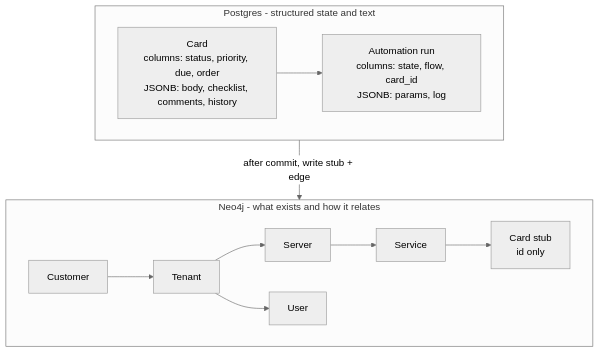
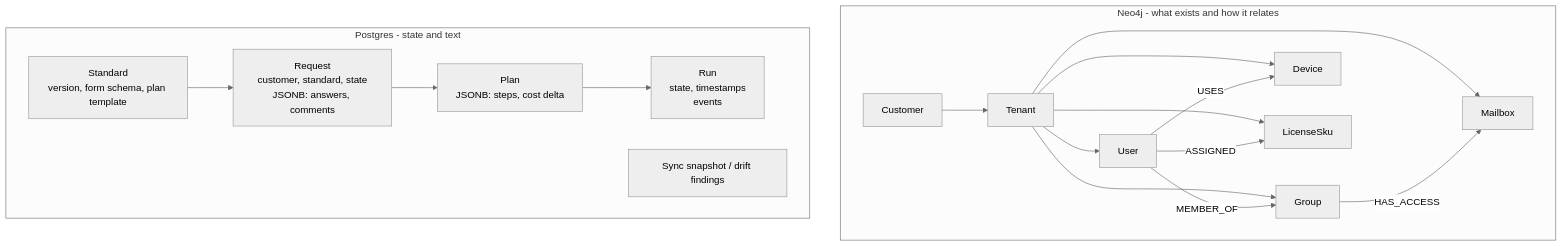
Before and after one commit to MarcHoog/Yani: the second of 3 diagrams in docs/architecture.md, drawn with Mermaid (neutral theme). The commit also changed other lines of this file and 9 other files, not shown here.

````diff
--- a/docs/architecture.md
+++ b/docs/architecture.md
@@ -90,20 +121,26 @@
 ```mermaid
 flowchart TB
     subgraph neo4j [Neo4j - what exists and how it relates]
         direction LR
         Customer --> Tenant
-        Tenant --> Server
-        Server --> Service
         Tenant --> User
-        Service --> CardStub[Card stub<br/>id only]
+        Tenant --> Group
+        Tenant --> Mailbox
+        Tenant --> Device
+        Tenant --> LicenseSku
+        User -- MEMBER_OF --> Group
+        Group -- HAS_ACCESS --> Mailbox
+        User -- USES --> Device
+        User -- ASSIGNED --> LicenseSku
     end
 
-    subgraph postgres [Postgres - structured state and text]
+    subgraph postgres [Postgres - state and text]
         direction LR
-        Card[Card<br/>columns: status, priority, due, order<br/>JSONB: body, checklist, comments, history]
-        Run[Automation run<br/>columns: state, flow, card_id<br/>JSONB: params, log]
-        Card --> Run
+        Standard[Standard<br/>version, form schema, plan template]
+        Request[Request<br/>customer, standard, state<br/>JSONB: answers, comments]
+        Plan[Plan<br/>JSONB: steps, cost delta]
+        Run[Run<br/>state, timestamps<br/>events]
+        Snapshot[Sync snapshot / drift findings]
+        Standard --> Request --> Plan --> Run
     end
-
-    Card -- after commit, write stub + edge --> CardStub
 ```
````
